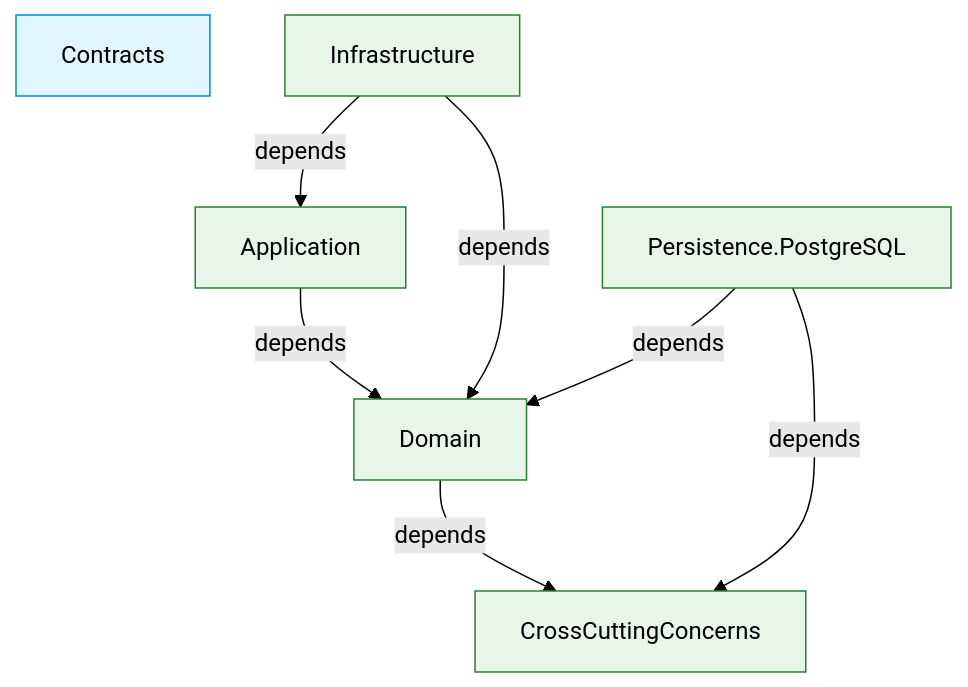
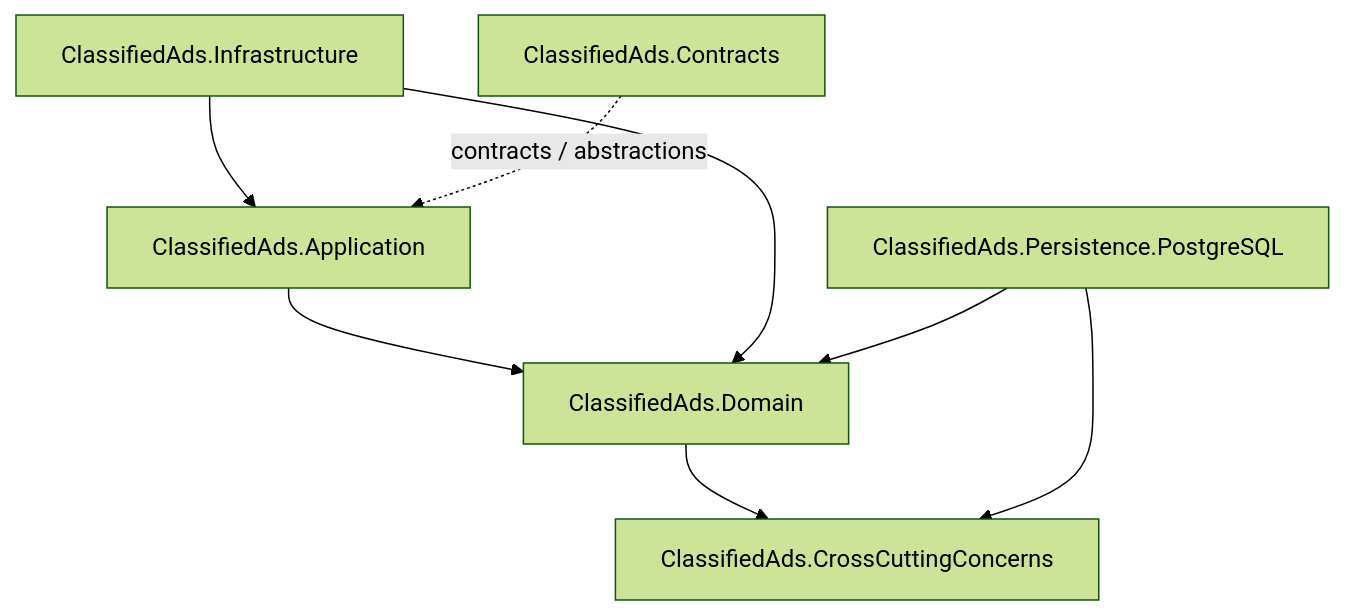
One commit to tinse-22/GSP26SE43.ModularMonolith changed the second of 5 diagrams in docs/architecture/UML_PACKAGE_DIAGRAM_SOURCE.md. Above: the diagram before and after it, drawn with Mermaid (forest theme). The commit also changed other lines of this file and 1 other file, not shown here.

````diff
--- a/docs/architecture/UML_PACKAGE_DIAGRAM_SOURCE.md
+++ b/docs/architecture/UML_PACKAGE_DIAGRAM_SOURCE.md
@@ -277,22 +158,18 @@
 ```mermaid
 flowchart TB
-    App["Application"]
-    Domain
-    CCC["CrossCuttingConcerns"]
-    Contracts
-    Infra["Infrastructure"]
-    PG["Persistence.PostgreSQL"]
+    Application["ClassifiedAds.Application"]
+    Domain["ClassifiedAds.Domain"]
+    CCC["ClassifiedAds.CrossCuttingConcerns"]
+    Infrastructure["ClassifiedAds.Infrastructure"]
+    Postgres["ClassifiedAds.Persistence.PostgreSQL"]
+    Contracts["ClassifiedAds.Contracts"]
 
-    App -->|depends| Domain
-    Domain -->|depends| CCC
-    Infra -->|depends| App
-    Infra -->|depends| Domain
-    PG -->|depends| Domain
-    PG -->|depends| CCC
+    Application --> Domain
+    Domain --> CCC
+    Infrastructure --> Application
+    Infrastructure --> Domain
+    Postgres --> Domain
+    Postgres --> CCC
 
-    classDef core fill:#E8F5E9,stroke:#2E7D32,color:#000
-    classDef contract fill:#E1F5FE,stroke:#0288D1,color:#000
-
-    class App,Domain,CCC,Infra,PG core
-    class Contracts contract
+    Contracts -.->|contracts / abstractions| Application
 ```
````
